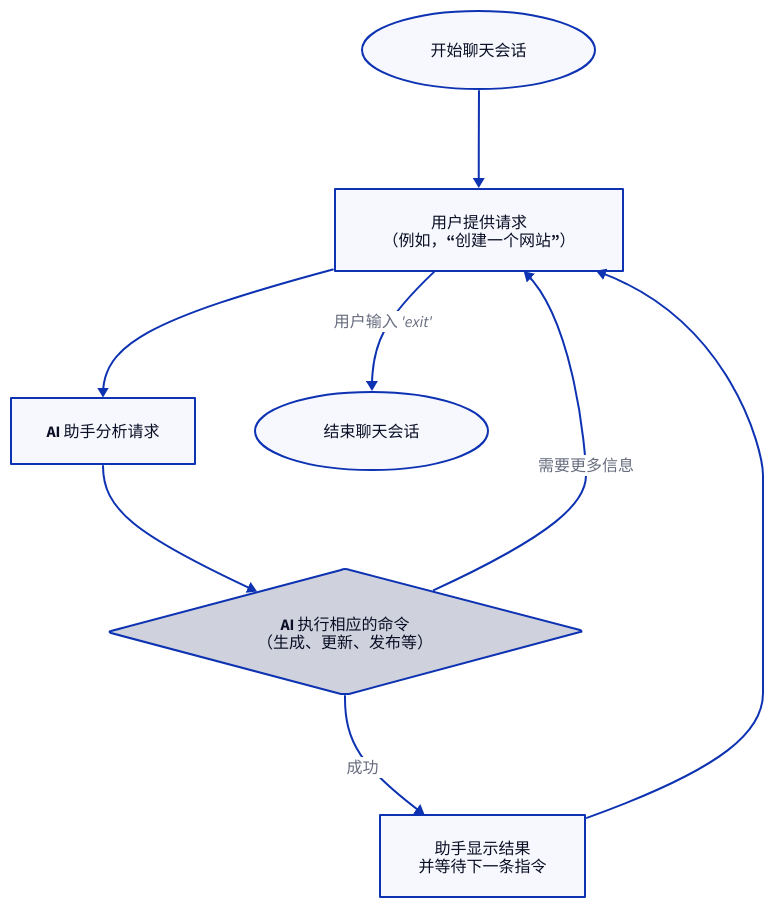
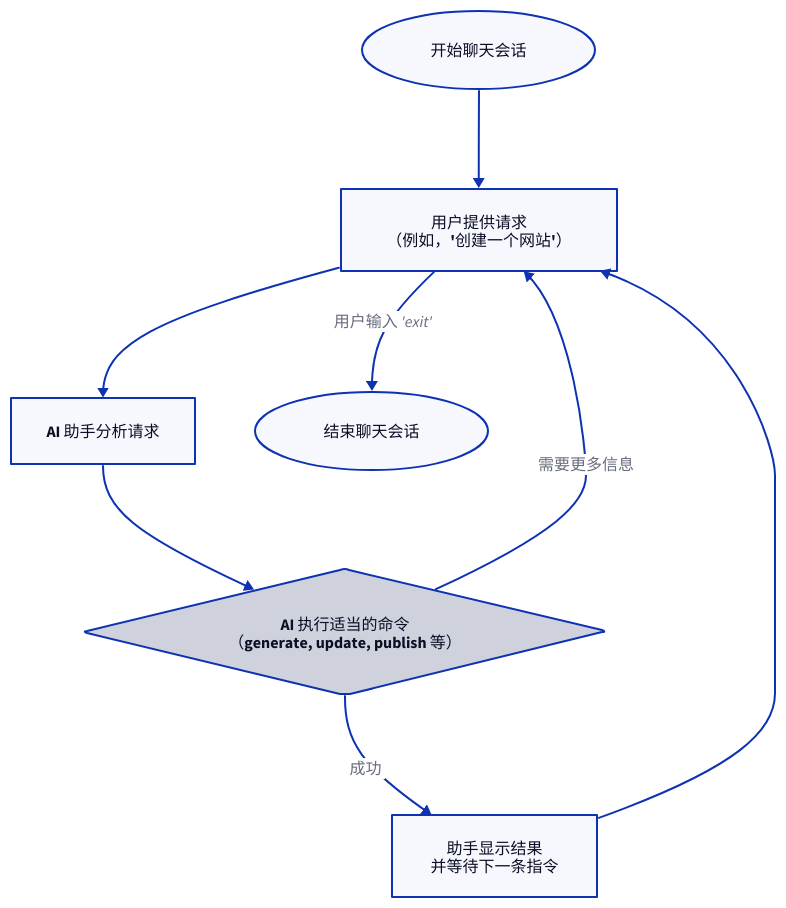
The diagram in .aigne/doc-smith/docs/core-tasks-using-the-interactive-chat.zh.md (AIGNE-io/aigne-web-smith), drawn with D2 before and after one commit. The commit also changed other lines of this file and 90 other files, not shown here.

````diff
--- a/.aigne/doc-smith/docs/core-tasks-using-the-interactive-chat.zh.md
+++ b/.aigne/doc-smith/docs/core-tasks-using-the-interactive-chat.zh.md
@@ -11,38 +11,38 @@
 ```d2
 direction: down
 
 start: {
   label: "开始聊天会话"
   shape: oval
 }
 
 user_input: {
-  label: "用户提供请求\n（例如，“创建一个网站”）"
+  label: "用户提供请求\n（例如，'创建一个网站'）"
 }
 
 ai_process: {
   label: "AI 助手分析请求"
 }
 
 execute_task: {
-  label: "AI 执行相应的命令\n（生成、更新、发布等）"
+  label: "AI 执行适当的命令\n（generate, update, publish 等）"
   shape: diamond
 }
 
 show_result: {
   label: "助手显示结果\n并等待下一条指令"
 }
 
 end: {
   label: "结束聊天会话"
   shape: oval
 }
 
 start -> user_input
 user_input -> ai_process
 ai_process -> execute_task
 execute_task -> show_result: "成功"
 show_result -> user_input
 execute_task -> user_input: "需要更多信息"
 user_input -> end: "用户输入 'exit'"
 ```
````
